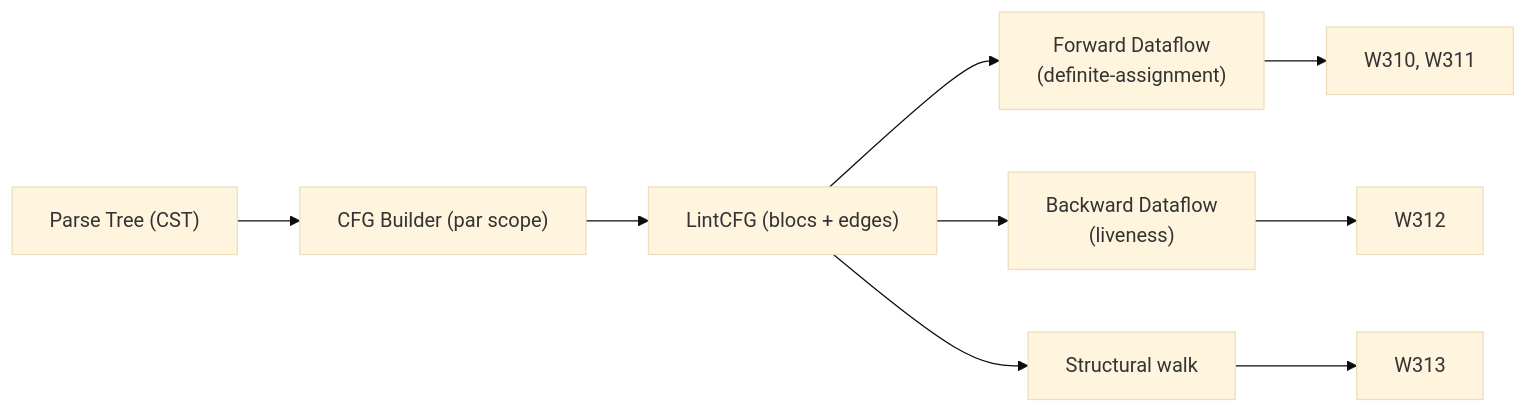
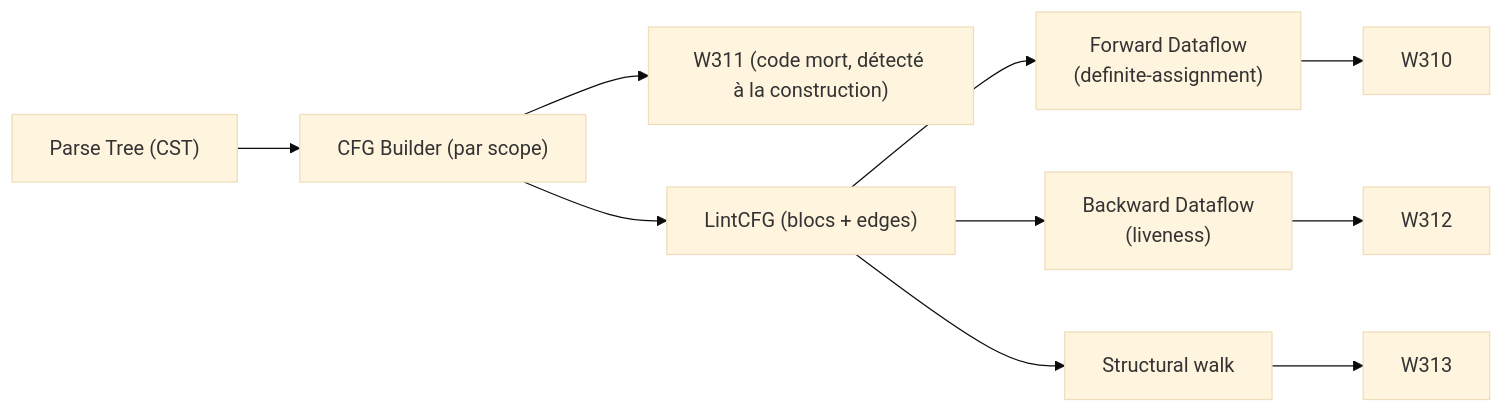
One commit to aristofor/catnip changed the fourth of 4 diagrams in docs/tools/lint.md. Above: the diagram before and after it, drawn with Mermaid (base theme). The commit also changed other lines of this file and 406 other files, not shown here.

````diff
--- a/docs/tools/lint.md
+++ b/docs/tools/lint.md
@@ -508,11 +653,12 @@
 ```mermaid
 flowchart LR
     A["Parse Tree (CST)"] --> B["CFG Builder (par scope)"]
+    B --> E4["W311 (code mort, détecté à la construction)"]
     B --> C["LintCFG (blocs + edges)"]
     C --> D["Forward Dataflow<br/>(definite-assignment)"]
     C --> F["Backward Dataflow<br/>(liveness)"]
     C --> G["Structural walk"]
-    D --> E1["W310, W311"]
+    D --> E1["W310"]
     F --> E2["W312"]
     G --> E3["W313"]
 ```
````
